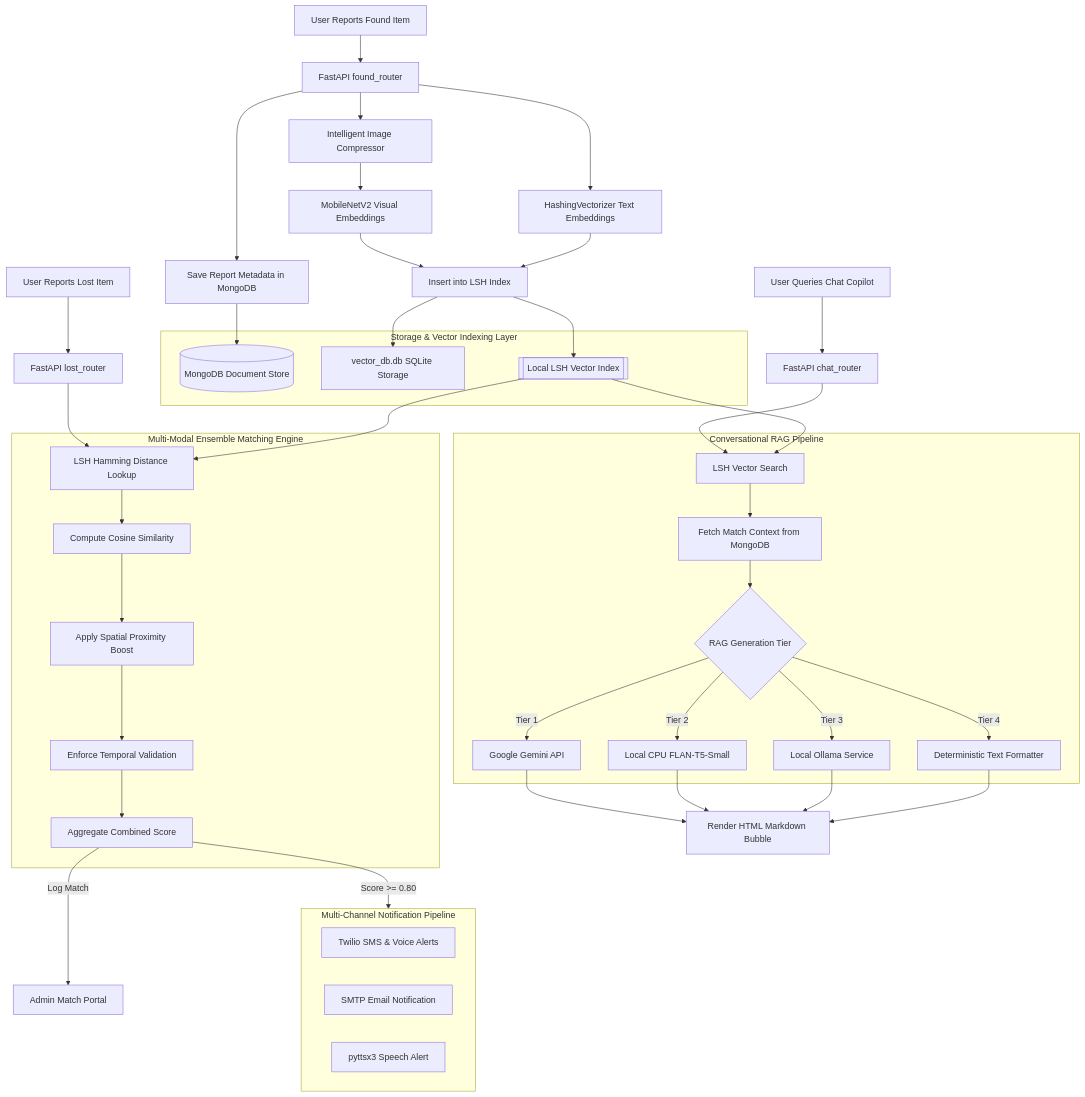
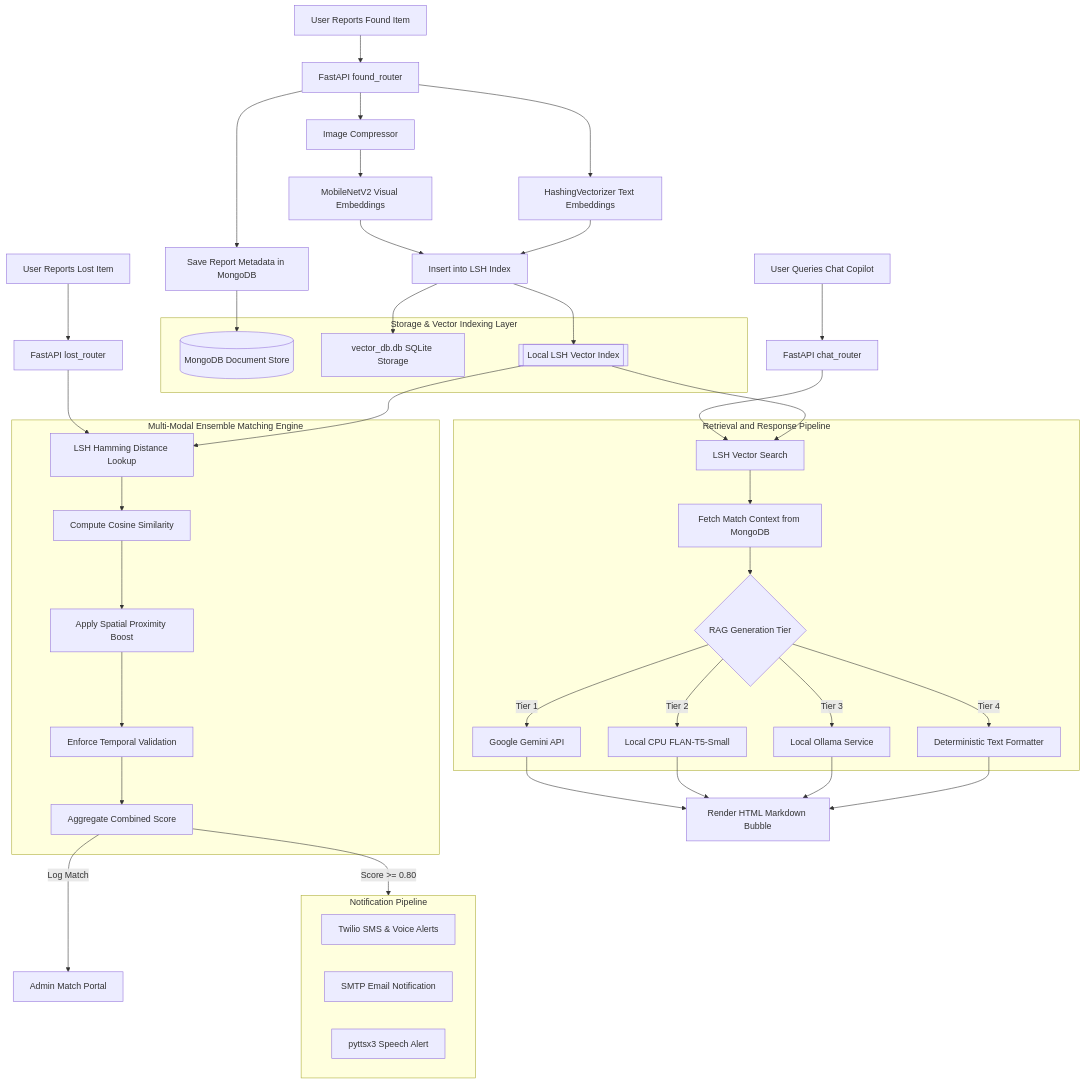
Before and after one commit to grass-overflow/lostlinkv2.3: the diagram in README.md, drawn with Mermaid. The commit also changed other lines of this file, not shown here.

````diff
--- a/README.md
+++ b/README.md
@@ -30,76 +32,76 @@
 ```mermaid
 flowchart TD
     %% User Inputs
     UserLost[User Reports Lost Item] --> API_Lost[FastAPI lost_router]
     UserFound[User Reports Found Item] --> API_Found[FastAPI found_router]
     UserChat[User Queries Chat Copilot] --> API_Chat[FastAPI chat_router]
 
     %% Storage & Indexing
     subgraph Storage & Indexing [Storage & Vector Indexing Layer]
         DB[(MongoDB Document Store)]
         LSH_Store[vector_db.db SQLite Storage]
         LSH_Index[[Local LSH Vector Index]]
     end
 
-    API_Found --> Compress[Intelligent Image Compressor]
+    API_Found --> Compress[ Image Compressor]
     Compress --> Extract_Vis[MobileNetV2 Visual Embeddings]
     API_Found --> Extract_Txt[HashingVectorizer Text Embeddings]
     
     Extract_Vis --> Insert_LSH[Insert into LSH Index]
     Extract_Txt --> Insert_LSH
     Insert_LSH --> LSH_Index
     Insert_LSH --> LSH_Store
     API_Found --> Store_DB[Save Report Metadata in MongoDB]
     Store_DB --> DB
 
     %% Matching Pipeline
     subgraph Matching Engine [Multi-Modal Ensemble Matching Engine]
         Query_LSH[LSH Hamming Distance Lookup]
         Calc_Sim[Compute Cosine Similarity]
         Spatial_Boost[Apply Spatial Proximity Boost]
         Temporal_Check[Enforce Temporal Validation]
         Agg_Score[Aggregate Combined Score]
     end
 
     API_Lost --> Query_LSH
     LSH_Index --> Query_LSH
     Query_LSH --> Calc_Sim
     Calc_Sim --> Spatial_Boost
     Spatial_Boost --> Temporal_Check
     Temporal_Check --> Agg_Score
 
     %% Outputs & Alerts
-    subgraph Alerts [Multi-Channel Notification Pipeline]
+    subgraph Alerts [Notification Pipeline]
         SMS[Twilio SMS & Voice Alerts]
         Mail[SMTP Email Notification]
         Speak[pyttsx3 Speech Alert]
     end
 
     Agg_Score -->|Score >= 0.80| Alerts
     Agg_Score -->|Log Match| Admin[Admin Match Portal]
 
     %% RAG Pipeline
-    subgraph RAG [Conversational RAG Pipeline]
+    subgraph RAG [Retrieval and Response Pipeline]
         RAG_Query[LSH Vector Search]
         Fetch_Ctx[Fetch Match Context from MongoDB]
         LLM_Gen{RAG Generation Tier}
         Gemini[Google Gemini API]
         T5[Local CPU FLAN-T5-Small]
         Ollama[Local Ollama Service]
         Fallback[Deterministic Text Formatter]
     end
 
     API_Chat --> RAG_Query
     LSH_Index --> RAG_Query
     RAG_Query --> Fetch_Ctx
     Fetch_Ctx --> LLM_Gen
     LLM_Gen -->|Tier 1| Gemini
     LLM_Gen -->|Tier 2| T5
     LLM_Gen -->|Tier 3| Ollama
     LLM_Gen -->|Tier 4| Fallback
     
     Gemini --> ChatBubble[Render HTML Markdown Bubble]
     T5 --> ChatBubble
     Ollama --> ChatBubble
     Fallback --> ChatBubble
 ```
````
